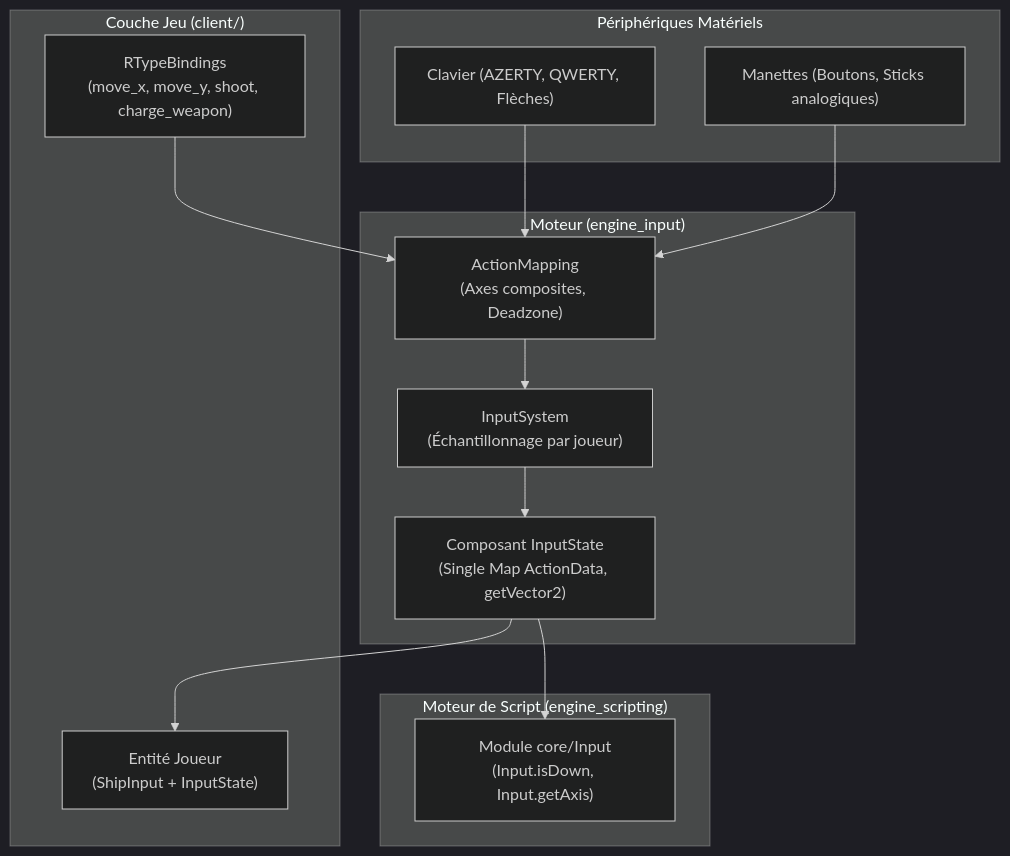
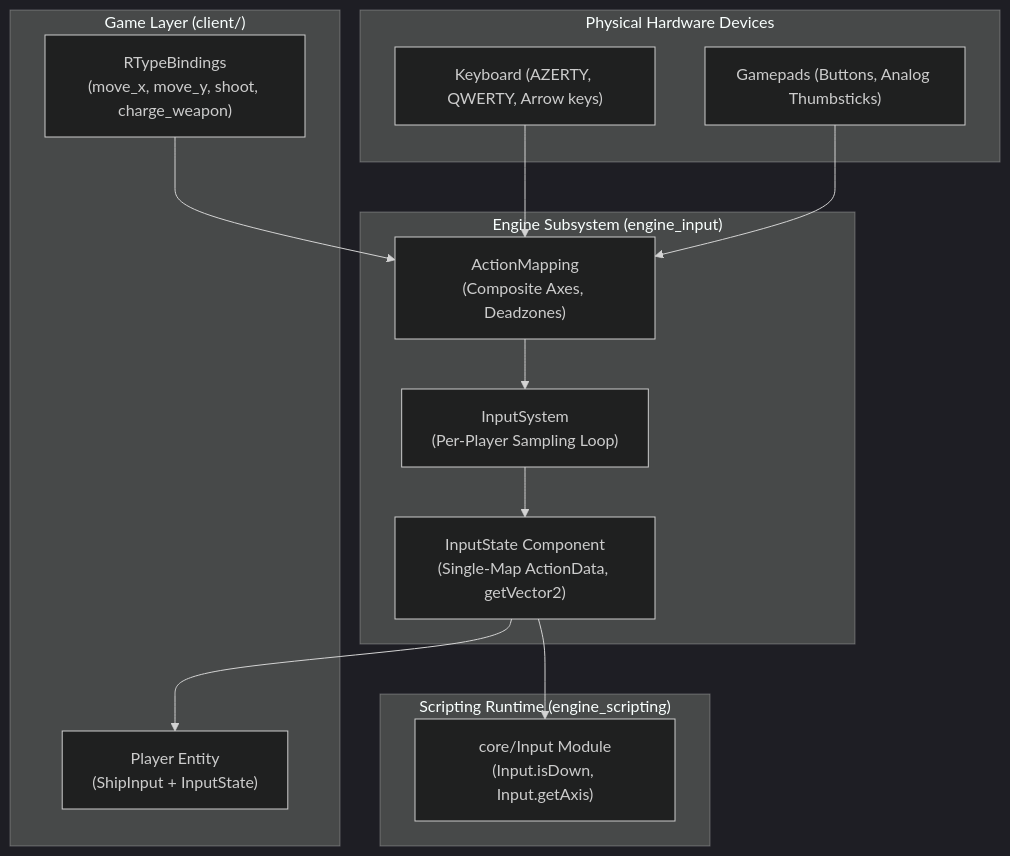
The diagram in docs/architecture/input_system.md (Matt4401/Mirror-Rtype), drawn with Mermaid (dark theme) before and after one commit. The commit also changed other lines of this file, not shown here.

Commit message:
docs(architecture): translate input system documentation to English and enhance clarity

````diff
--- a/docs/architecture/input_system.md
+++ b/docs/architecture/input_system.md
@@ -16,30 +16,30 @@
 ```mermaid
 flowchart TD
-    subgraph Hardware["Périphériques Matériels"]
-        KB["Clavier (AZERTY, QWERTY, Flèches)"]
-        GP["Manettes (Boutons, Sticks analogiques)"]
+    subgraph Hardware["Physical Hardware Devices"]
+        KB["Keyboard (AZERTY, QWERTY, Arrow keys)"]
+        GP["Gamepads (Buttons, Analog Thumbsticks)"]
     end
 
-    subgraph ClientLayer["Couche Jeu (client/)"]
+    subgraph ClientLayer["Game Layer (client/)"]
         Bindings["RTypeBindings\n(move_x, move_y, shoot, charge_weapon)"]
-        Ship["Entité Joueur\n(ShipInput + InputState)"]
+        Ship["Player Entity\n(ShipInput + InputState)"]
     end
 
-    subgraph EngineLayer["Moteur (engine_input)"]
-        AM["ActionMapping\n(Axes composites, Deadzone)"]
-        IS["InputSystem\n(Échantillonnage par joueur)"]
-        State["Composant InputState\n(Single Map ActionData, getVector2)"]
+    subgraph EngineLayer["Engine Subsystem (engine_input)"]
+        AM["ActionMapping\n(Composite Axes, Deadzones)"]
+        IS["InputSystem\n(Per-Player Sampling Loop)"]
+        State["InputState Component\n(Single-Map ActionData, getVector2)"]
     end
 
-    subgraph ScriptLayer["Moteur de Script (engine_scripting)"]
-        Wren["Module core/Input\n(Input.isDown, Input.getAxis)"]
+    subgraph ScriptLayer["Scripting Runtime (engine_scripting)"]
+        Wren["core/Input Module\n(Input.isDown, Input.getAxis)"]
     end
 
     KB --> AM
     GP --> AM
     Bindings --> AM
     AM --> IS
     IS --> State
     State --> Ship
     State --> Wren
 ```
````
